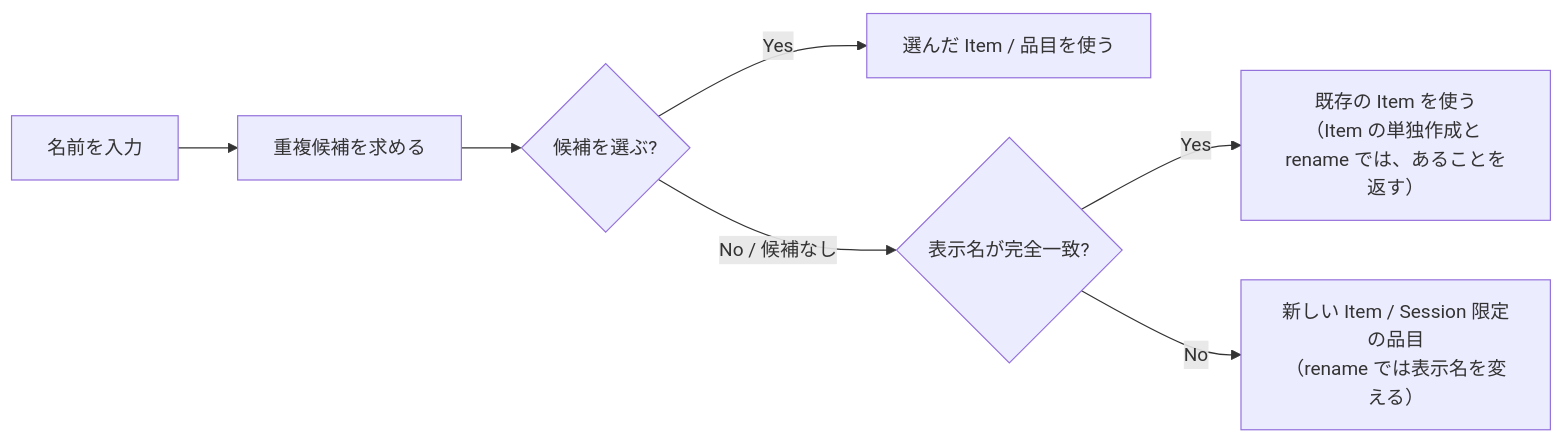
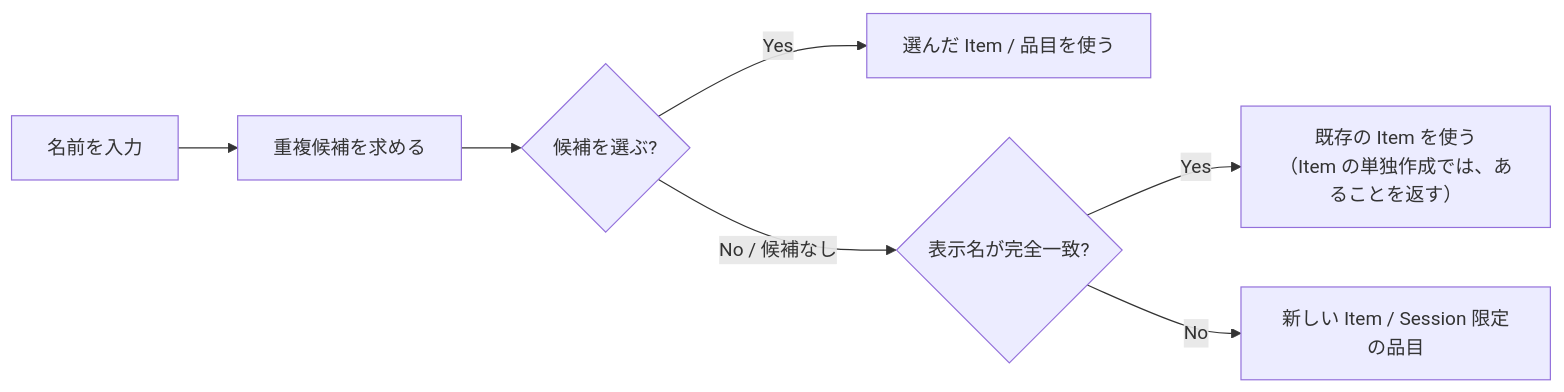
The third of 3 diagrams in docs/spec.md (kyo1941/RecipeDeck), drawn with Mermaid before and after one commit. The commit also changed other lines of this file, not shown here.

Commit message:
docs: 重複候補の図から rename の注記を外し、図に含めないことを書く

````diff
--- a/docs/spec.md
+++ b/docs/spec.md
@@ -266,9 +268,9 @@
 ```mermaid
 flowchart LR
     A["名前を入力"] --> B["重複候補を求める"]
     B --> C{"候補を選ぶ?"}
     C -->|"Yes"| D["選んだ Item / 品目を使う"]
     C -->|"No / 候補なし"| E{"表示名が完全一致?"}
-    E -->|"Yes"| F["既存の Item を使う<br>（Item の単独作成と rename では、あることを返す）"]
-    E -->|"No"| G["新しい Item / Session 限定の品目<br>（rename では表示名を変える）"]
+    E -->|"Yes"| F["既存の Item を使う<br>（Item の単独作成では、あることを返す）"]
+    E -->|"No"| G["新しい Item / Session 限定の品目"]
 ```
````
